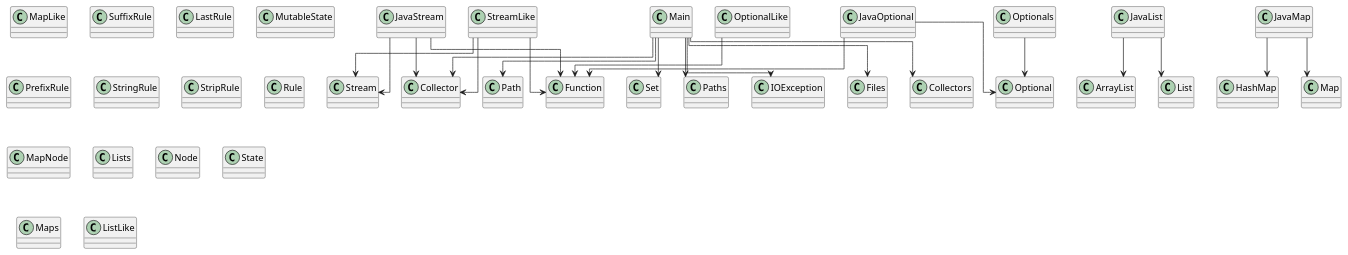
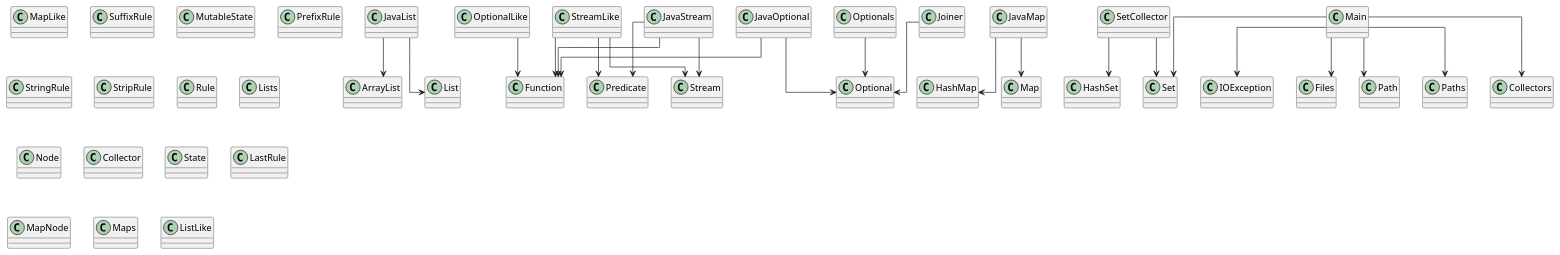
Before and after one commit to SirMathhman/Magma: the diagram in diagram.puml, drawn with PlantUML. The commit also changed 6 other files, not shown here.

```diff
--- a/diagram.puml
+++ b/diagram.puml
@@ -1,47 +1,52 @@
 @startuml
 skinparam linetype ortho
-class JavaStream
-JavaStream --> Function
-JavaStream --> Collector
-JavaStream --> Stream
 class MapLike
 class SuffixRule
-class LastRule
 class JavaList
 JavaList --> ArrayList
 JavaList --> List
 class MutableState
 class StreamLike
 StreamLike --> Function
-StreamLike --> Collector
+StreamLike --> Predicate
 StreamLike --> Stream
 class PrefixRule
 class StringRule
 class StripRule
+class Joiner
+Joiner --> Optional
 class Rule
-class MapNode
 class Lists
 class Node
+class Collector
 class OptionalLike
 OptionalLike --> Function
+class State
+class JavaMap
+JavaMap --> HashMap
+JavaMap --> Map
+class JavaStream
+JavaStream --> Function
+JavaStream --> Predicate
+JavaStream --> Stream
+class LastRule
+class SetCollector
+SetCollector --> HashSet
+SetCollector --> Set
+class MapNode
 class Main
 Main --> IOException
 Main --> Files
 Main --> Path
 Main --> Paths
 Main --> Set
-Main --> Collector
 Main --> Collectors
-class State
 class Optionals
 Optionals --> Optional
 class Maps
-class JavaMap
-JavaMap --> HashMap
-JavaMap --> Map
 class ListLike
 class JavaOptional
 JavaOptional --> Optional
 JavaOptional --> Function
 
 @enduml
```
